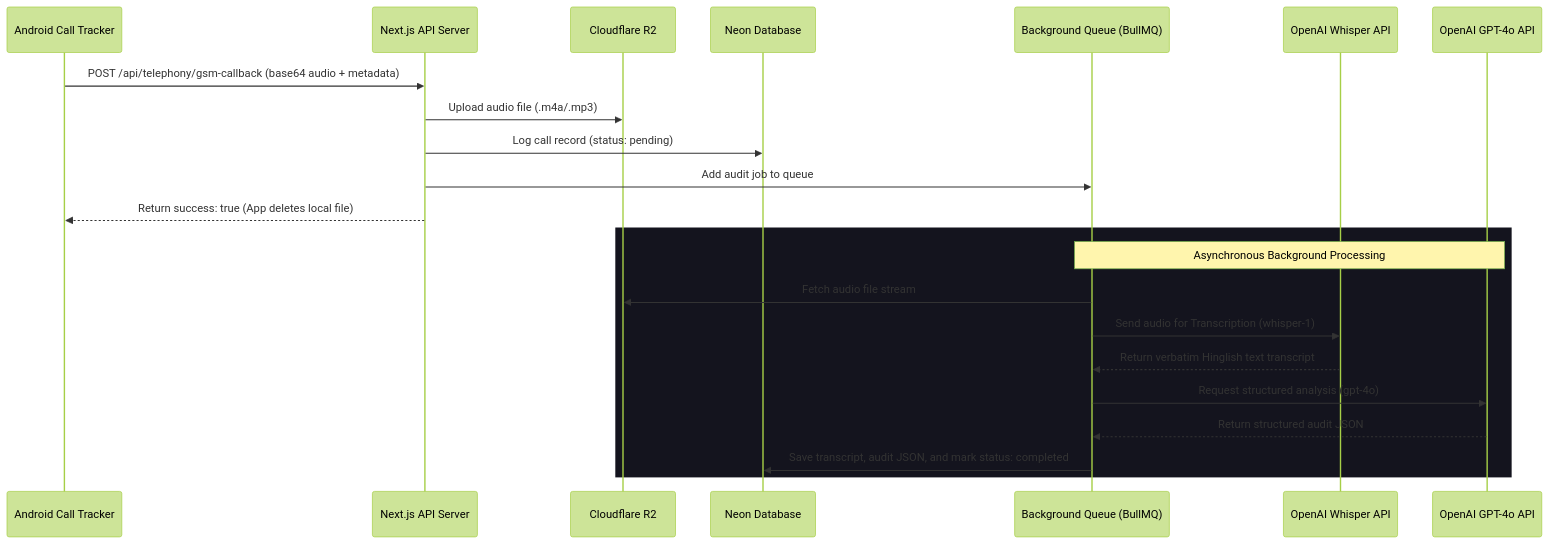
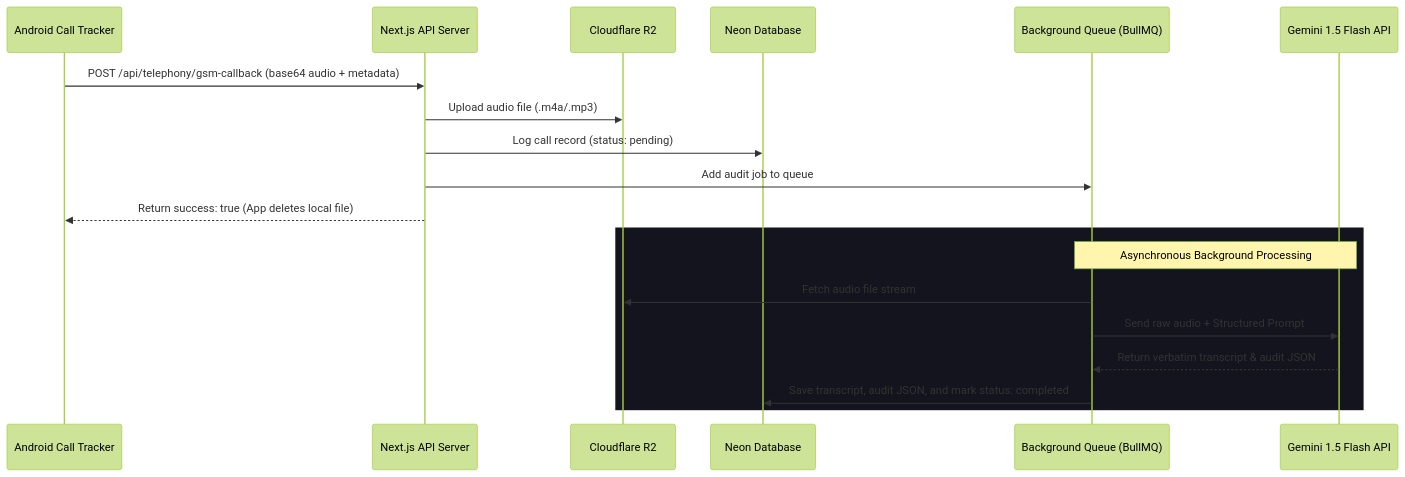
Before and after one commit to Skillyards-Versatility/Skillyards: the first of 2 diagrams in docs/AI_CALL_ANALYZER_POSSIBILITIES.md, drawn with Mermaid (forest theme). The commit also changed other lines of this file, not shown here.

Commit message:
refactor: replace OpenAI Whisper and GPT-4o with Gemini 1.5 Flash for unified audio-to-text and sales analytics processing

````diff
--- a/docs/AI_CALL_ANALYZER_POSSIBILITIES.md
+++ b/docs/AI_CALL_ANALYZER_POSSIBILITIES.md
@@ -11,26 +11,23 @@
 ```mermaid
 sequenceDiagram
     participant App as Android Call Tracker
     participant API as Next.js API Server
     participant R2 as Cloudflare R2
     participant DB as Neon Database
     participant Q as Background Queue (BullMQ)
-    participant Whisper as OpenAI Whisper API
-    participant GPT as OpenAI GPT-4o API
+    participant Gem as Gemini 1.5 Flash API
 
     App->>API: POST /api/telephony/gsm-callback (base64 audio + metadata)
     API->>R2: Upload audio file (.m4a/.mp3)
     API->>DB: Log call record (status: pending)
     API->>Q: Add audit job to queue
     API-->>App: Return success: true (App deletes local file)
 
     rect rgb(20, 20, 30)
-        Note over Q,GPT: Asynchronous Background Processing
+        Note over Q,Gem: Asynchronous Background Processing
         Q->>R2: Fetch audio file stream
-        Q->>Whisper: Send audio for Transcription (whisper-1)
-        Whisper-->>Q: Return verbatim Hinglish text transcript
-        Q->>GPT: Request structured analysis (gpt-4o)
-        GPT-->>Q: Return structured audit JSON
+        Q->>Gem: Send raw audio + Structured Prompt
+        Gem-->>Q: Return verbatim transcript & audit JSON
         Q->>DB: Save transcript, audit JSON, and mark status: completed
     end
 ```
````
